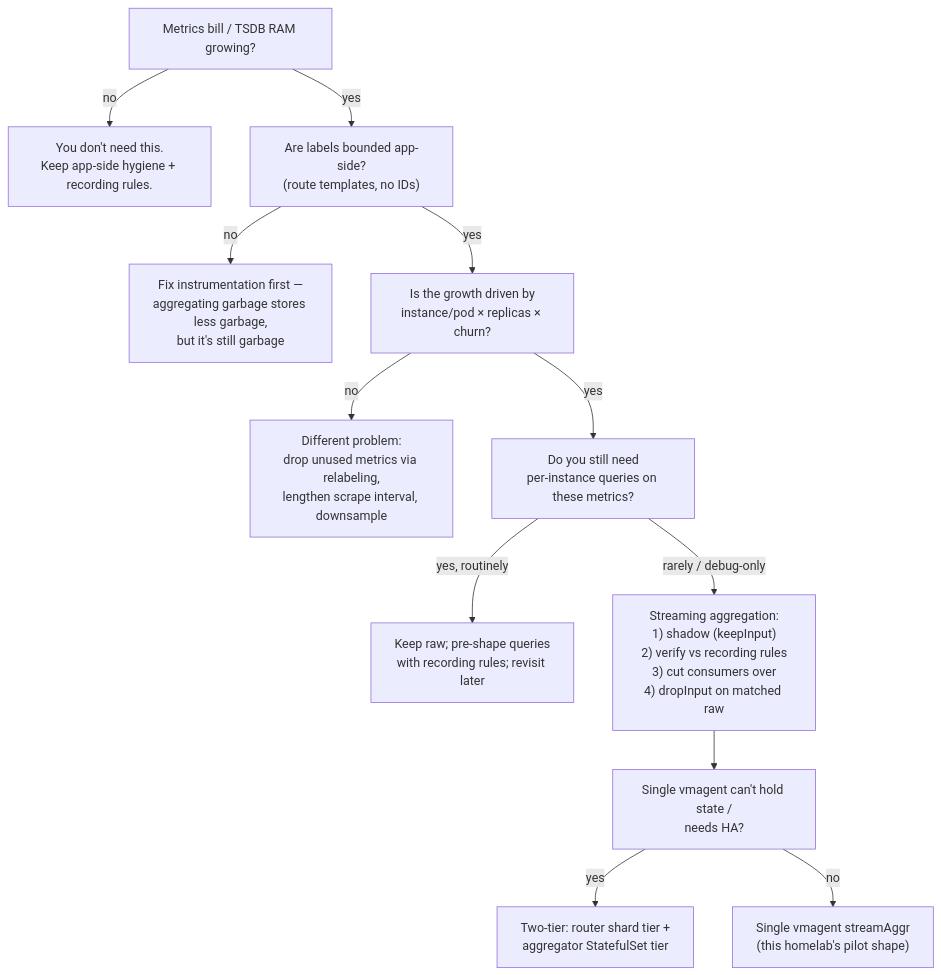
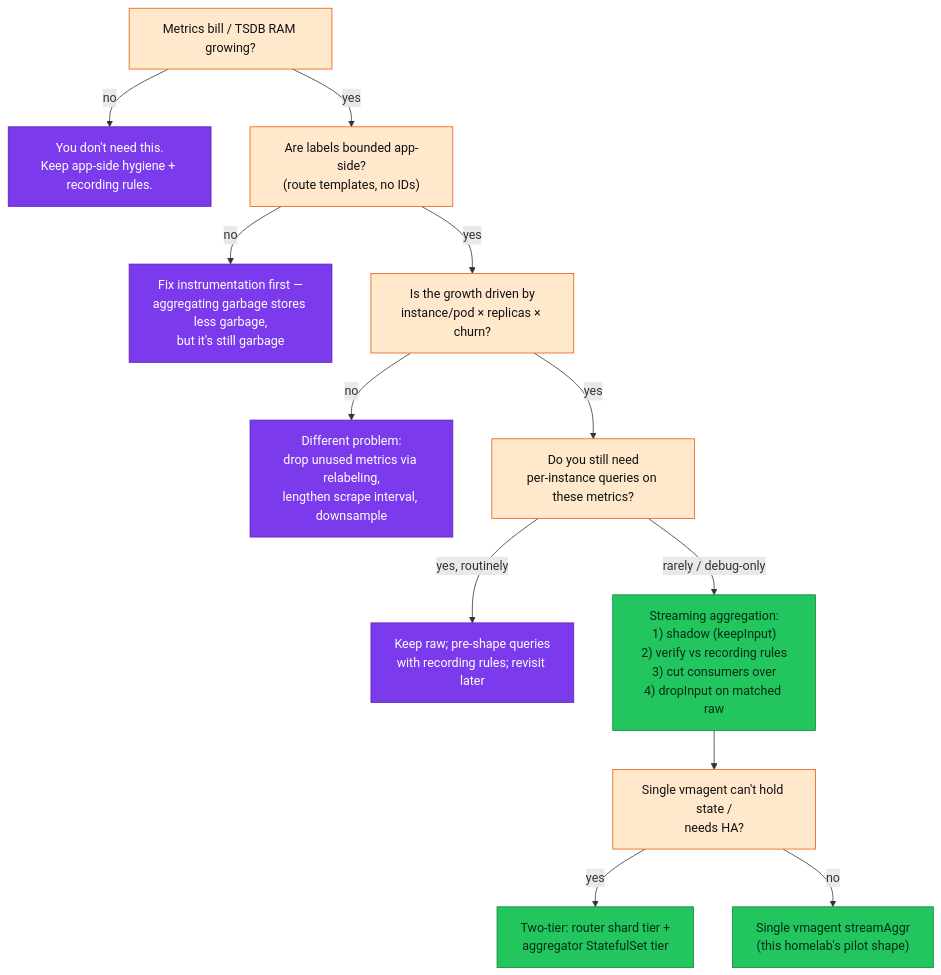
The third of 3 diagrams in docs/observability/metrics/streaming-aggregation.md (duynhlab/homelab), drawn with Mermaid before and after one commit. The commit also changed other lines of this file and 33 other files, not shown here.

First line of the commit message:
Refresh observability diagrams (#516)

````diff
--- a/docs/observability/metrics/streaming-aggregation.md
+++ b/docs/observability/metrics/streaming-aggregation.md
@@ -228,14 +234,21 @@
 ```mermaid
 flowchart TD
     Q0["Metrics bill / TSDB RAM growing?"] -->|no| N0["You don't need this.<br/>Keep app-side hygiene + recording rules."]
     Q0 -->|yes| Q1["Are labels bounded app-side?<br/>(route templates, no IDs)"]
     Q1 -->|no| F1["Fix instrumentation first —<br/>aggregating garbage stores less garbage,<br/>but it's still garbage"]
     Q1 -->|yes| Q2["Is the growth driven by<br/>instance/pod × replicas × churn?"]
     Q2 -->|no| F2["Different problem:<br/>drop unused metrics via relabeling,<br/>lengthen scrape interval, downsample"]
     Q2 -->|yes| Q3["Do you still need<br/>per-instance queries on these metrics?"]
     Q3 -->|"yes, routinely"| F3["Keep raw; pre-shape queries<br/>with recording rules; revisit later"]
     Q3 -->|"rarely / debug-only"| F4["Streaming aggregation:<br/>1) shadow (keepInput)<br/>2) verify vs recording rules<br/>3) cut consumers over<br/>4) dropInput on matched raw"]
     F4 --> Q4["Single vmagent can't hold state /<br/>needs HA?"]
     Q4 -->|yes| F5["Two-tier: router shard tier +<br/>aggregator StatefulSet tier"]
     Q4 -->|no| F6["Single vmagent streamAggr<br/>(this homelab's pilot shape)"]
+
+    classDef metric fill:#ffe8cc,color:#111,stroke:#e8590c;
+    classDef platform fill:#7c3aed,color:#fff,stroke:#5b21b6;
+    classDef data fill:#22c55e,color:#052e16,stroke:#15803d;
+    class Q0,Q1,Q2,Q3,Q4 metric;
+    class F4,F5,F6 data;
+    class N0,F1,F2,F3 platform;
 ```
````
